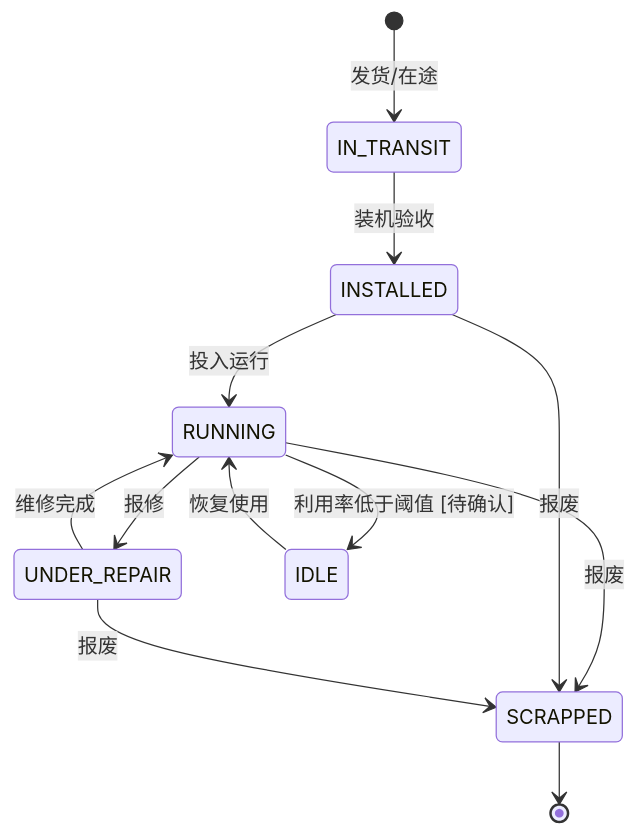
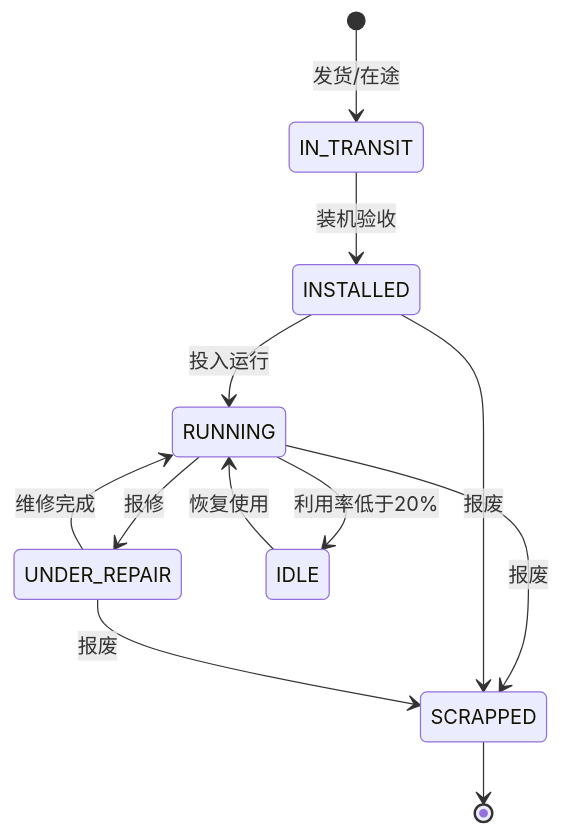
Before and after one commit to liuliangkui/new-xinqu: the eighth of 11 diagrams in docs/XQCOP-领域建模方案.md, drawn with Mermaid. The commit also changed other lines of this file, not shown here.

````diff
--- a/docs/XQCOP-领域建模方案.md
+++ b/docs/XQCOP-领域建模方案.md
@@ -1848,14 +1848,14 @@
 ```mermaid
 stateDiagram-v2
     [*] --> IN_TRANSIT: 发货/在途
     IN_TRANSIT --> INSTALLED: 装机验收
     INSTALLED --> RUNNING: 投入运行
     RUNNING --> UNDER_REPAIR: 报修
     UNDER_REPAIR --> RUNNING: 维修完成
-    RUNNING --> IDLE: 利用率低于阈值 [待确认]
+    RUNNING --> IDLE: 利用率低于20%
     IDLE --> RUNNING: 恢复使用
     RUNNING --> SCRAPPED: 报废
     INSTALLED --> SCRAPPED: 报废
     UNDER_REPAIR --> SCRAPPED: 报废
     SCRAPPED --> [*]
 ```
````
